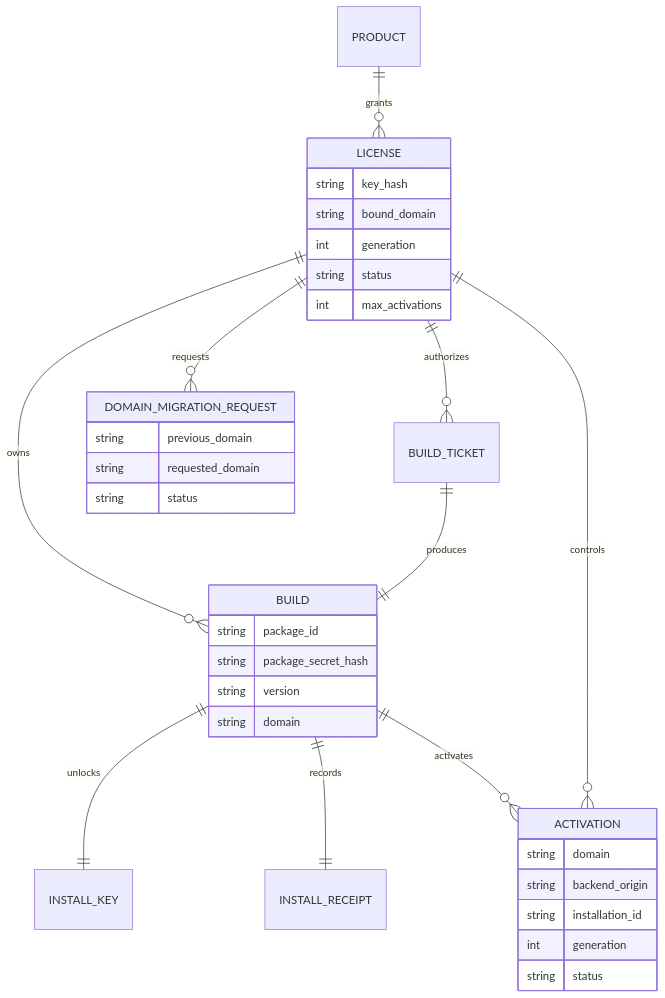
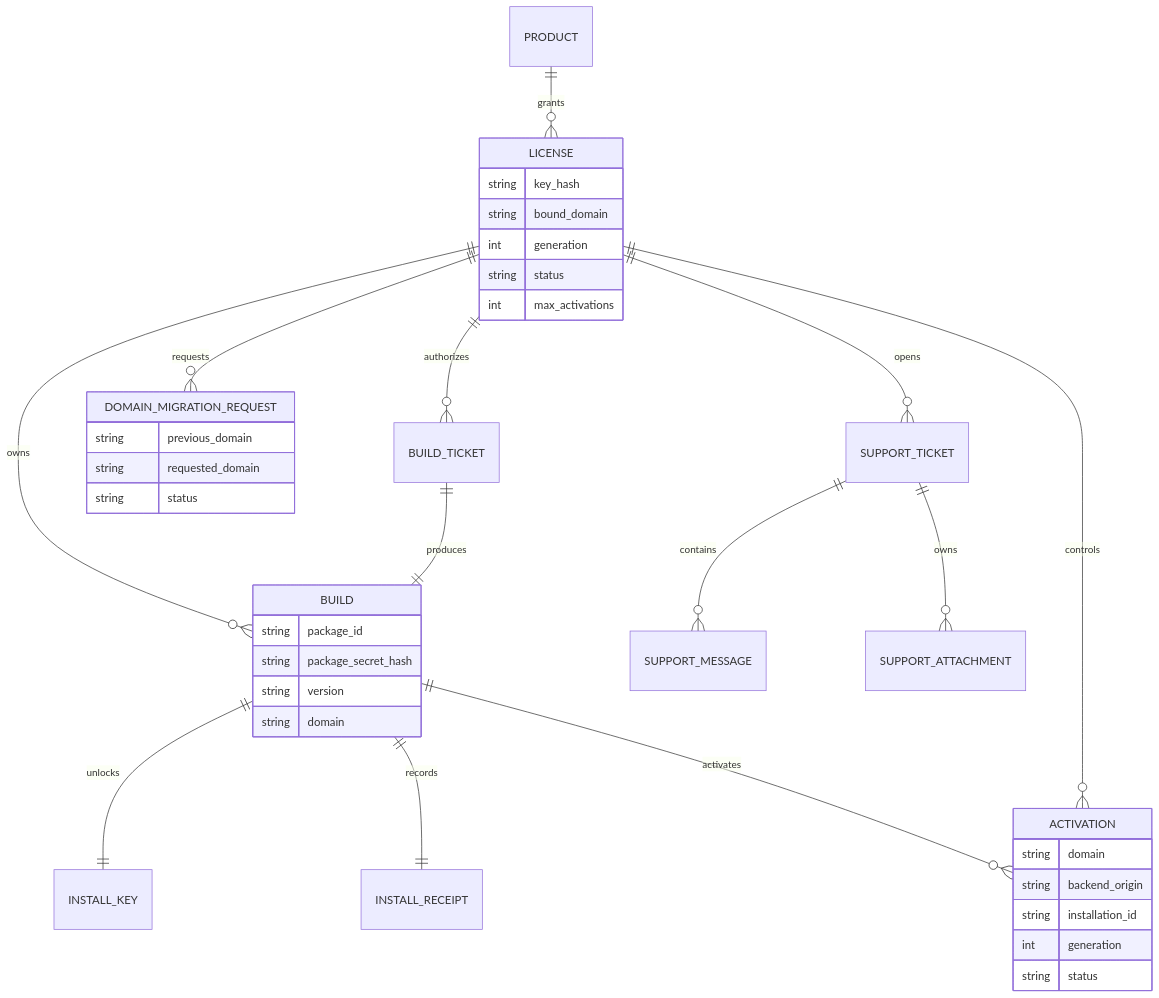
One commit to Jerry2586/Universal-authorization changed the diagram in docs/architecture.md. Above: the diagram before and after it, drawn with Mermaid. The commit also changed other lines of this file and 21 other files, not shown here.

````diff
--- a/docs/architecture.md
+++ b/docs/architecture.md
@@ -38,38 +38,41 @@
 ```mermaid
 erDiagram
   PRODUCT ||--o{ LICENSE : grants
   LICENSE ||--o{ BUILD_TICKET : authorizes
   LICENSE ||--o{ BUILD : owns
   LICENSE ||--o{ DOMAIN_MIGRATION_REQUEST : requests
+  LICENSE ||--o{ SUPPORT_TICKET : opens
+  SUPPORT_TICKET ||--o{ SUPPORT_MESSAGE : contains
+  SUPPORT_TICKET ||--o{ SUPPORT_ATTACHMENT : owns
   BUILD_TICKET ||--|| BUILD : produces
   BUILD ||--|| INSTALL_KEY : unlocks
   BUILD ||--|| INSTALL_RECEIPT : records
   BUILD ||--o{ ACTIVATION : activates
   LICENSE ||--o{ ACTIVATION : controls
 
   LICENSE {
     string key_hash
     string bound_domain
     int generation
     string status
     int max_activations
   }
   BUILD {
     string package_id
     string package_secret_hash
     string version
     string domain
   }
   ACTIVATION {
     string domain
     string backend_origin
     string installation_id
     int generation
     string status
   }
   DOMAIN_MIGRATION_REQUEST {
     string previous_domain
     string requested_domain
     string status
   }
 ```
````
